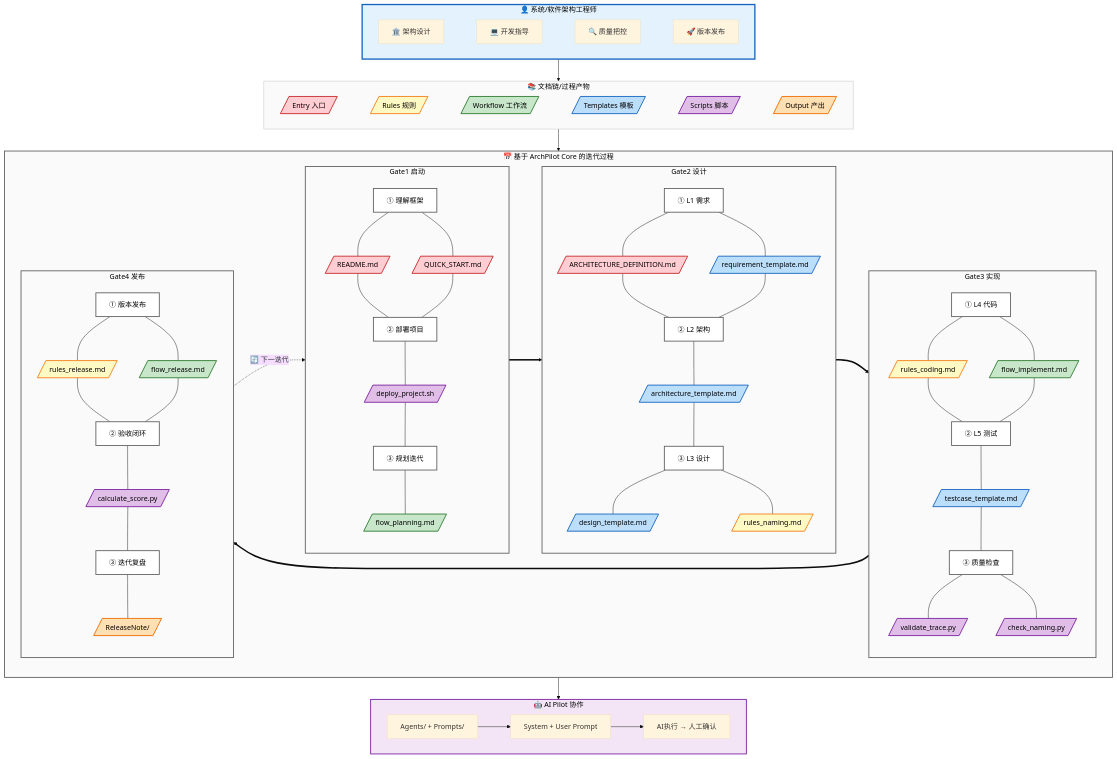
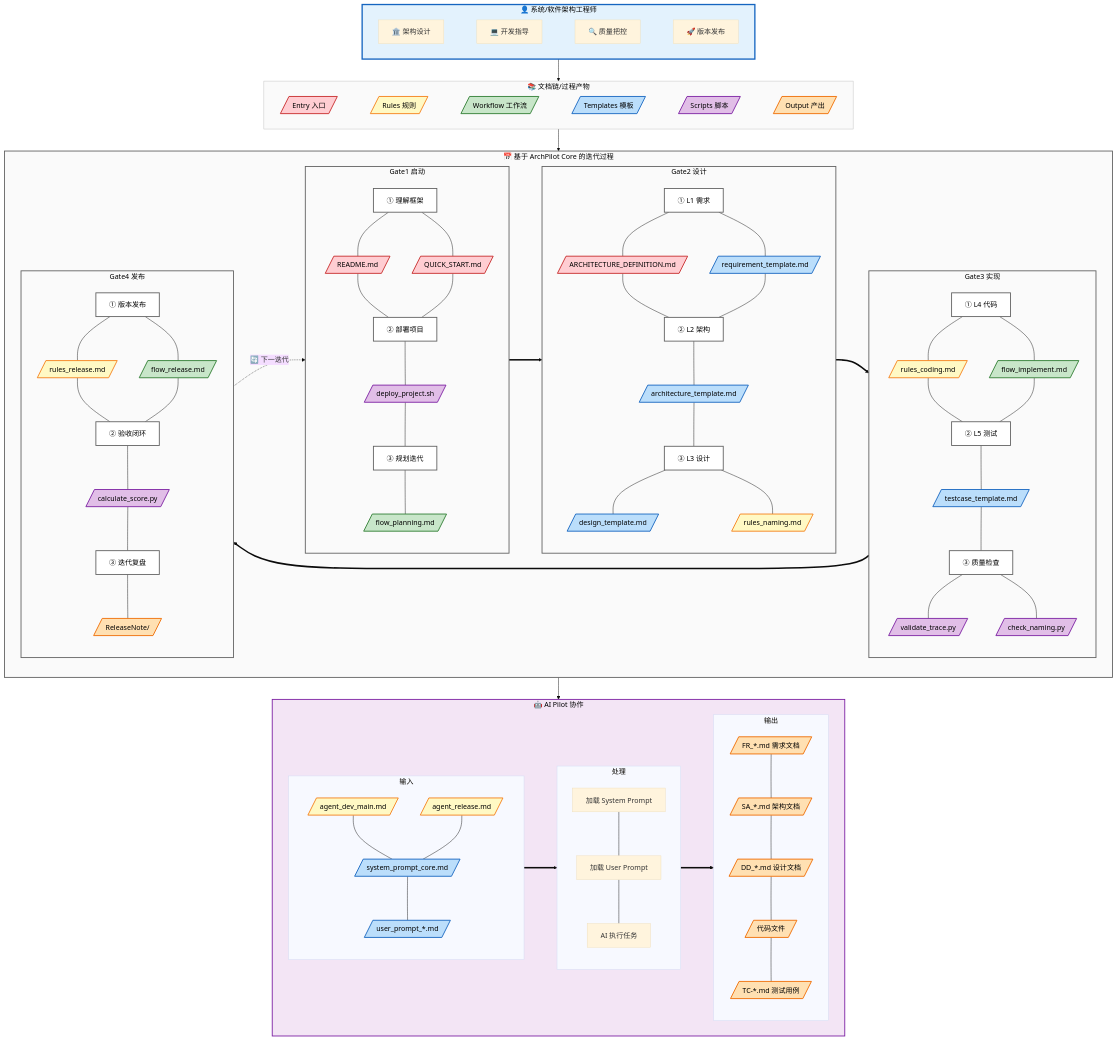
The diagram in Governance/PILOT_GLOBAL_FLOW.mmd (lukagithub/archpilot_core), drawn with Mermaid (base theme) before and after one commit.

Commit message:
docs: expand AI Pilot subgraph with document dependencies AI Pilot 协作 now shows: - Input: agent_dev_main.md, agent_release.md, system_prompt_core.md, user_prompt_*.md - Process: Load System Prompt → Load User Prompt → AI Execute - Output: FR_*.md, SA_*.md, DD_*.md, Code files, TC-*.md Color coding: - Agent files: Rules style (yellow) - Prompt files: Templates style (blue) - Output files: Output style (orange)

```diff
--- a/Governance/PILOT_GLOBAL_FLOW.mmd
+++ b/Governance/PILOT_GLOBAL_FLOW.mmd
@@ -1,164 +1,198 @@
 %% ========================================
 %% ArchPilot Core 全局 Pilot 流程图
 %% 角色：系统架构师 / 软件架构工程师
 %% 说明：展示如何使用整个工程的文档资产推进项目迭代
 %% ========================================
 
 flowchart TB
     %% ==================== 角色入口 ====================
     subgraph Role["👤 系统/软件架构工程师"]
         direction LR
         R1["🏛️ 架构设计"] ~~~ R2["💻 开发指导"] ~~~ R3["🔍 质量把控"] ~~~ R4["🚀 版本发布"]
     end
 
     %% ==================== 图例（文档维度颜色） ====================
     subgraph Legend["📚 文档链/过程产物"]
         direction LR
         L1[/"Entry 入口"/]
         L2[/"Rules 规则"/]
         L3[/"Workflow 工作流"/]
         L4[/"Templates 模板"/]
         L5[/"Scripts 脚本"/]
         L6[/"Output 产出"/]
         L1 ~~~ L2 ~~~ L3 ~~~ L4 ~~~ L5 ~~~ L6
     end
 
     %% ==================== Pilot 迭代周期（核心） ====================
     subgraph Phases["📅 基于 ArchPilot Core 的迭代过程"]
         direction LR
 
         subgraph P1["Gate1 启动"]
             direction TB
             P1_S["① 理解框架"]
             P1_D1[/"README.md"/]
             P1_D2[/"QUICK_START.md"/]
             P1_M["② 部署项目"]
             P1_D3[/"deploy_project.sh"/]
             P1_E["③ 规划迭代"]
             P1_D4[/"flow_planning.md"/]
             P1_S --- P1_D1 & P1_D2
             P1_D1 & P1_D2 --- P1_M
             P1_M --- P1_D3
             P1_D3 --- P1_E
             P1_E --- P1_D4
         end
 
         subgraph P2["Gate2 设计"]
             direction TB
             P2_S["① L1 需求"]
             P2_D1[/"ARCHITECTURE_DEFINITION.md"/]
             P2_D2[/"requirement_template.md"/]
             P2_M["② L2 架构"]
             P2_D3[/"architecture_template.md"/]
             P2_E["③ L3 设计"]
             P2_D4[/"design_template.md"/]
             P2_D5[/"rules_naming.md"/]
             P2_S --- P2_D1 & P2_D2
             P2_D1 & P2_D2 --- P2_M
             P2_M --- P2_D3
             P2_D3 --- P2_E
             P2_E --- P2_D4 & P2_D5
         end
 
         subgraph P3["Gate3 实现"]
             direction TB
             P3_S["① L4 代码"]
             P3_D1[/"rules_coding.md"/]
             P3_D2[/"flow_implement.md"/]
             P3_M["② L5 测试"]
             P3_D3[/"testcase_template.md"/]
             P3_E["③ 质量检查"]
             P3_D4[/"validate_trace.py"/]
             P3_D5[/"check_naming.py"/]
             P3_S --- P3_D1 & P3_D2
             P3_D1 & P3_D2 --- P3_M
             P3_M --- P3_D3
             P3_D3 --- P3_E
             P3_E --- P3_D4 & P3_D5
         end
 
         subgraph P4["Gate4 发布"]
             direction TB
             P4_S["① 版本发布"]
             P4_D1[/"rules_release.md"/]
             P4_D2[/"flow_release.md"/]
             P4_M["② 验收闭环"]
             P4_D3[/"calculate_score.py"/]
             P4_E["③ 迭代复盘"]
             P4_D4[/"ReleaseNote/"/]
             P4_S --- P4_D1 & P4_D2
             P4_D1 & P4_D2 --- P4_M
             P4_M --- P4_D3
             P4_D3 --- P4_E
             P4_E --- P4_D4
         end
 
         P1 ==> P2 ==> P3 ==> P4
     end
 
     %% 迭代闭环
     P4 -.->|🔄 下一迭代| P1
 
     %% ==================== AI Pilot 协作（底部） ====================
     subgraph AI_Pilot["🤖 AI Pilot 协作"]
         direction LR
-        AI_IN["Agents/ + Prompts/"] --> AI_PROC["System + User Prompt"] --> AI_OUT["AI执行 → 人工确认"]
+
+        subgraph AI_IN["输入"]
+            direction TB
+            AI_D1[/"agent_dev_main.md"/]
+            AI_D2[/"agent_release.md"/]
+            AI_D3[/"system_prompt_core.md"/]
+            AI_D4[/"user_prompt_*.md"/]
+            AI_D1 & AI_D2 --- AI_D3
+            AI_D3 --- AI_D4
+        end
+
+        subgraph AI_PROC["处理"]
+            direction TB
+            AI_P1["加载 System Prompt"]
+            AI_P2["加载 User Prompt"]
+            AI_P3["AI 执行任务"]
+            AI_P1 --- AI_P2 --- AI_P3
+        end
+
+        subgraph AI_OUT["输出"]
+            direction TB
+            AI_O1[/"FR_*.md 需求文档"/]
+            AI_O2[/"SA_*.md 架构文档"/]
+            AI_O3[/"DD_*.md 设计文档"/]
+            AI_O4[/"代码文件"/]
+            AI_O5[/"TC-*.md 测试用例"/]
+            AI_O1 --- AI_O2 --- AI_O3 --- AI_O4 --- AI_O5
+        end
+
+        AI_IN ==> AI_PROC ==> AI_OUT
     end
 
     %% ==================== 层级连接 ====================
     Role --> Legend
     Legend --> Phases
     Phases --> AI_Pilot
 
     %% ==================== 样式定义 ====================
     %% 框架样式
     classDef roleStyle fill:#e3f2fd,stroke:#1565c0,stroke-width:3px,color:#000
     classDef phaseStyle fill:#fafafa,stroke:#616161,stroke-width:2px,color:#000
     classDef aiStyle fill:#f3e5f5,stroke:#7b1fa2,stroke-width:2px,color:#000
     classDef legendStyle fill:#fafafa,stroke:#bdbdbd,stroke-width:1px,color:#000
     classDef stepStyle fill:#fff,stroke:#616161,stroke-width:2px,color:#000
 
     %% 文档维度颜色
     classDef entryStyle fill:#ffcdd2,stroke:#c62828,stroke-width:2px,color:#000
     classDef ruleStyle fill:#fff9c4,stroke:#f57f17,stroke-width:2px,color:#000
     classDef workflowStyle fill:#c8e6c9,stroke:#2e7d32,stroke-width:2px,color:#000
     classDef tplStyle fill:#bbdefb,stroke:#1565c0,stroke-width:2px,color:#000
     classDef scriptStyle fill:#e1bee7,stroke:#7b1fa2,stroke-width:2px,color:#000
     classDef outputStyle fill:#ffe0b2,stroke:#ef6c00,stroke-width:2px,color:#000
 
     %% 应用样式
     class Role roleStyle
     class Phases,P1,P2,P3,P4 phaseStyle
     class AI_Pilot aiStyle
     class Legend legendStyle
     class P1_S,P1_M,P1_E,P2_S,P2_M,P2_E,P3_S,P3_M,P3_E,P4_S,P4_M,P4_E stepStyle
 
     %% 图例颜色
     class L1 entryStyle
     class L2 ruleStyle
     class L3 workflowStyle
     class L4 tplStyle
     class L5 scriptStyle
     class L6 outputStyle
 
     %% Gate1: Entry(红) + Scripts(紫) + Workflow(绿)
     class P1_D1,P1_D2 entryStyle
     class P1_D3 scriptStyle
     class P1_D4 workflowStyle
 
     %% Gate2: Entry(红) + Templates(蓝) + Rules(黄)
     class P2_D1 entryStyle
     class P2_D2,P2_D3,P2_D4 tplStyle
     class P2_D5 ruleStyle
 
     %% Gate3: Rules(黄) + Workflow(绿) + Templates(蓝) + Scripts(紫)
     class P3_D1 ruleStyle
     class P3_D2 workflowStyle
     class P3_D3 tplStyle
     class P3_D4,P3_D5 scriptStyle
 
     %% Gate4: Rules(黄) + Workflow(绿) + Scripts(紫) + Output(橙)
     class P4_D1 ruleStyle
     class P4_D2 workflowStyle
     class P4_D3 scriptStyle
     class P4_D4 outputStyle
+
+    %% AI Pilot: 输入(Agents=规则色, Prompts=模板色) + 输出(产出色)
+    class AI_D1,AI_D2 ruleStyle
+    class AI_D3,AI_D4 tplStyle
+    class AI_O1,AI_O2,AI_O3,AI_O4,AI_O5 outputStyle
```
